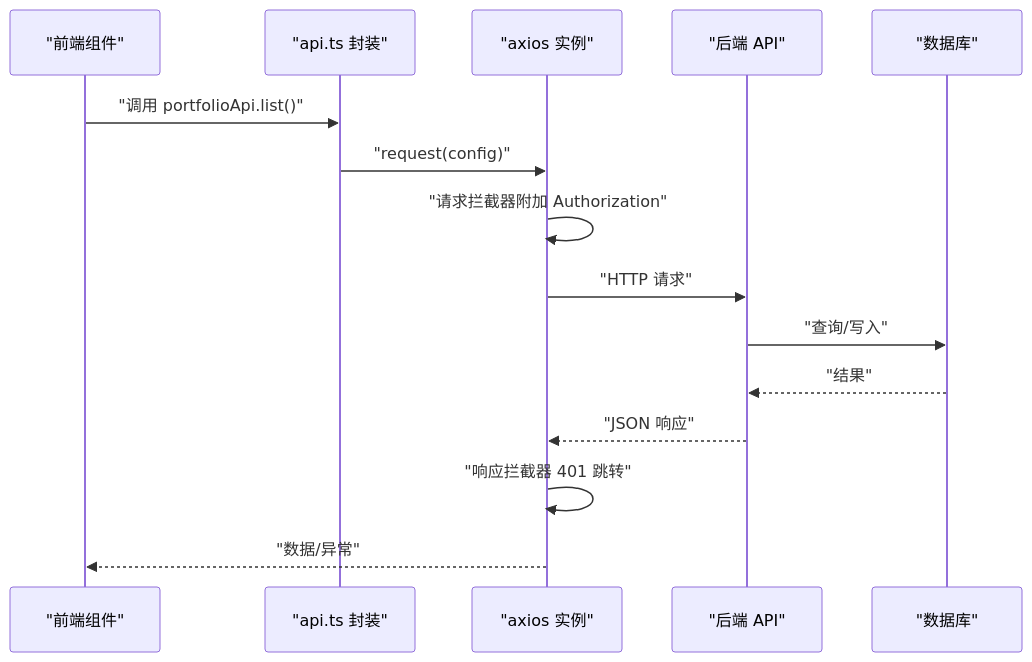
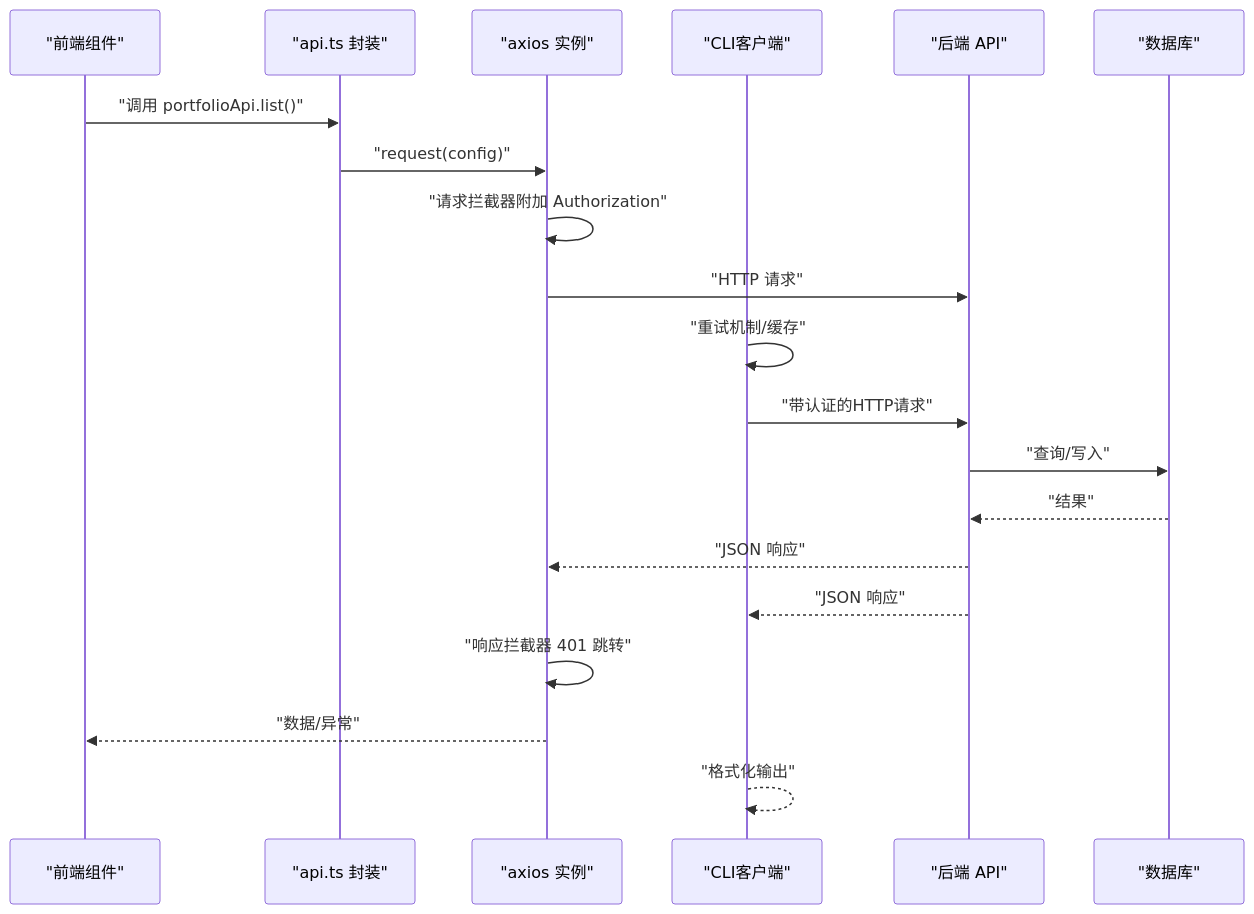
One commit to gujialind/InvestRing changed the eighth of 9 diagrams in .qoder/repowiki/zh/content/开发指南/开发指南.md. Above: the diagram before and after it, drawn with Mermaid. The commit also changed other lines of this file and 8 other files, not shown here.

````diff
--- a/.qoder/repowiki/zh/content/开发指南/开发指南.md
+++ b/.qoder/repowiki/zh/content/开发指南/开发指南.md
@@ -276,17 +345,22 @@
 ```mermaid
 sequenceDiagram
 participant UI as "前端组件"
 participant API as "api.ts 封装"
 participant AX as "axios 实例"
+participant CLI as "CLI客户端"
 participant BE as "后端 API"
 participant DB as "数据库"
 UI->>API : "调用 portfolioApi.list()"
 API->>AX : "request(config)"
 AX->>AX : "请求拦截器附加 Authorization"
 AX->>BE : "HTTP 请求"
+CLI->>CLI : "重试机制/缓存"
+CLI->>BE : "带认证的HTTP请求"
 BE->>DB : "查询/写入"
 DB-->>BE : "结果"
 BE-->>AX : "JSON 响应"
+BE-->>CLI : "JSON 响应"
 AX->>AX : "响应拦截器 401 跳转"
 AX-->>UI : "数据/异常"
+CLI-->>CLI : "格式化输出"
 ```
````
